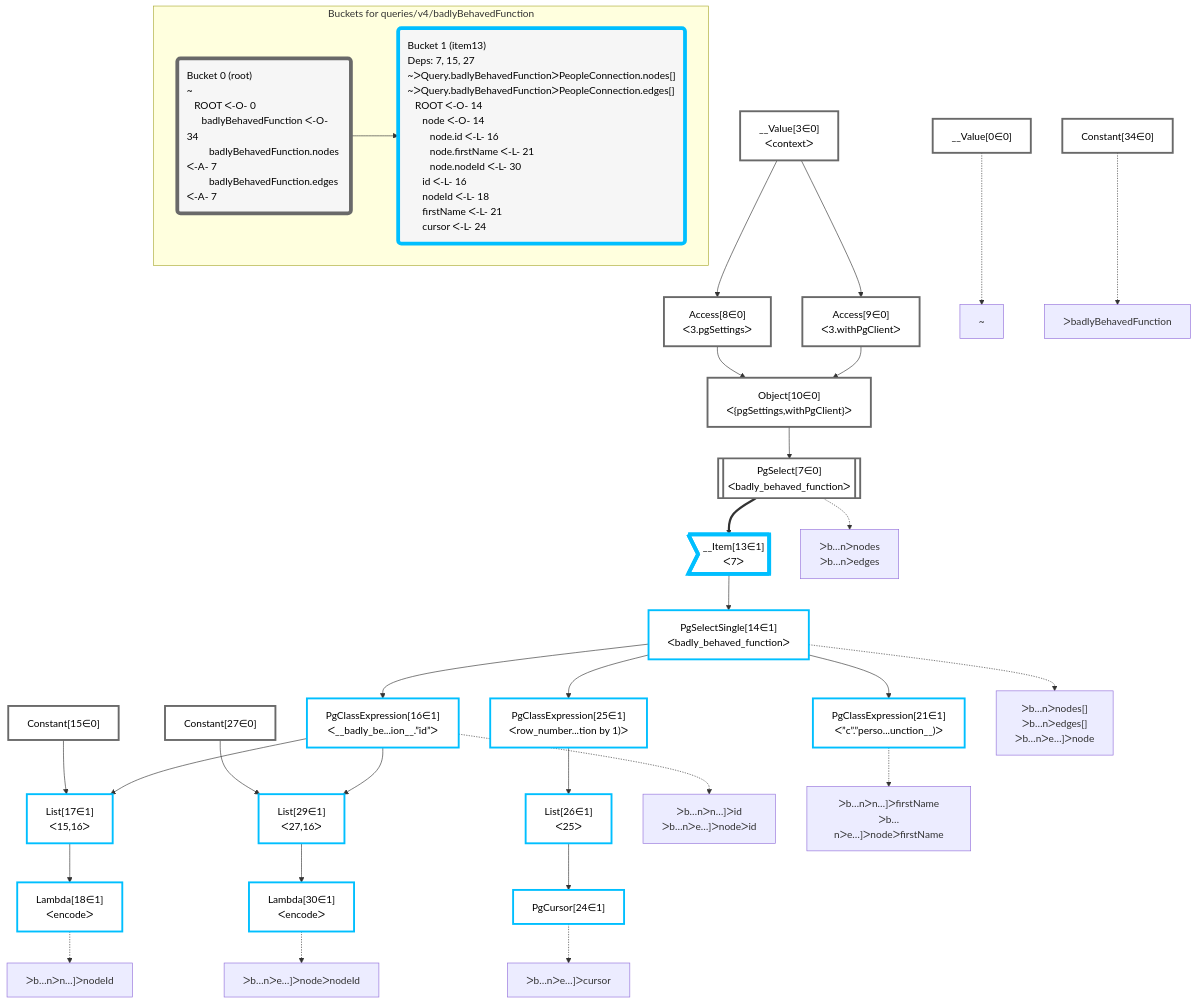
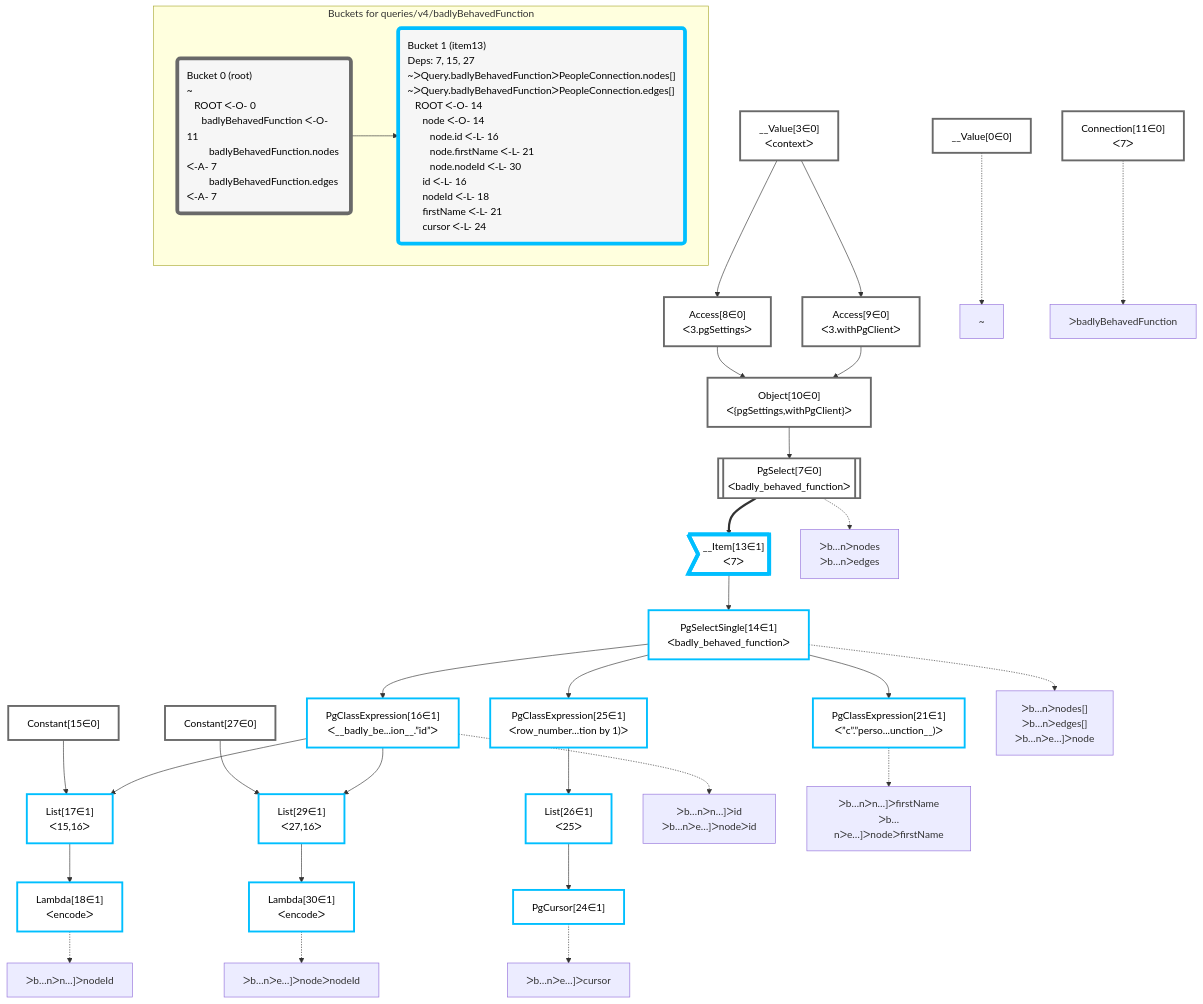
One commit to graphile/crystal changed the diagram in packages/postgraphile/__tests__/queries/v4/badlyBehavedFunction.mermaid. Above: the diagram before and after it, drawn with Mermaid. The commit also changed 2 other files, not shown here.

```diff
--- a/packages/postgraphile/__tests__/queries/v4/badlyBehavedFunction.mermaid
+++ b/packages/postgraphile/__tests__/queries/v4/badlyBehavedFunction.mermaid
@@ -1,76 +1,76 @@
 graph TD
     classDef path fill:#eee,stroke:#000,color:#000
     classDef plan fill:#fff,stroke-width:3px,color:#000
     classDef itemplan fill:#fff,stroke-width:6px,color:#000
     classDef sideeffectplan fill:#f00,stroke-width:6px,color:#000
     classDef bucket fill:#f6f6f6,color:#000,stroke-width:6px,text-align:left
 
 
     %% define plans
     __Value0["__Value[0∈0]"]:::plan
     __Value3["__Value[3∈0]<br />ᐸcontextᐳ"]:::plan
     Access8["Access[8∈0]<br />ᐸ3.pgSettingsᐳ"]:::plan
     Access9["Access[9∈0]<br />ᐸ3.withPgClientᐳ"]:::plan
     Object10["Object[10∈0]<br />ᐸ{pgSettings,withPgClient}ᐳ"]:::plan
     PgSelect7[["PgSelect[7∈0]<br />ᐸbadly_behaved_functionᐳ"]]:::plan
-    Constant34["Constant[34∈0]"]:::plan
+    Connection11["Connection[11∈0]<br />ᐸ7ᐳ"]:::plan
     __Item13>"__Item[13∈1]<br />ᐸ7ᐳ"]:::itemplan
     PgSelectSingle14["PgSelectSingle[14∈1]<br />ᐸbadly_behaved_functionᐳ"]:::plan
     Constant15["Constant[15∈0]"]:::plan
     PgClassExpression16["PgClassExpression[16∈1]<br />ᐸ__badly_be...ion__.”id”ᐳ"]:::plan
     List17["List[17∈1]<br />ᐸ15,16ᐳ"]:::plan
     Lambda18["Lambda[18∈1]<br />ᐸencodeᐳ"]:::plan
     PgClassExpression21["PgClassExpression[21∈1]<br />ᐸ”c”.”perso...unction__)ᐳ"]:::plan
     PgClassExpression25["PgClassExpression[25∈1]<br />ᐸrow_number...tion by 1)ᐳ"]:::plan
     List26["List[26∈1]<br />ᐸ25ᐳ"]:::plan
     PgCursor24["PgCursor[24∈1]"]:::plan
     Constant27["Constant[27∈0]"]:::plan
     List29["List[29∈1]<br />ᐸ27,16ᐳ"]:::plan
     Lambda30["Lambda[30∈1]<br />ᐸencodeᐳ"]:::plan
 
     %% plan dependencies
     __Value3 --> Access8
     __Value3 --> Access9
     Access8 & Access9 --> Object10
     Object10 --> PgSelect7
     PgSelect7 ==> __Item13
     __Item13 --> PgSelectSingle14
     PgSelectSingle14 --> PgClassExpression16
     Constant15 & PgClassExpression16 --> List17
     List17 --> Lambda18
     PgSelectSingle14 --> PgClassExpression21
     PgSelectSingle14 --> PgClassExpression25
     PgClassExpression25 --> List26
     List26 --> PgCursor24
     Constant27 & PgClassExpression16 --> List29
     List29 --> Lambda30
 
     %% plan-to-path relationships
     P0["~"]
     __Value0 -.-> P0
     P7["ᐳb…nᐳnodes<br />ᐳb…nᐳedges"]
     PgSelect7 -.-> P7
+    P11["ᐳbadlyBehavedFunction"]
+    Connection11 -.-> P11
     P14["ᐳb…nᐳnodes[]<br />ᐳb…nᐳedges[]<br />ᐳb…nᐳe…]ᐳnode"]
     PgSelectSingle14 -.-> P14
     P16["ᐳb…nᐳn…]ᐳid<br />ᐳb…nᐳe…]ᐳnodeᐳid"]
     PgClassExpression16 -.-> P16
     P18["ᐳb…nᐳn…]ᐳnodeId"]
     Lambda18 -.-> P18
     P21["ᐳb…nᐳn…]ᐳfirstName<br />ᐳb…nᐳe…]ᐳnodeᐳfirstName"]
     PgClassExpression21 -.-> P21
     P24["ᐳb…nᐳe…]ᐳcursor"]
     PgCursor24 -.-> P24
     P30["ᐳb…nᐳe…]ᐳnodeᐳnodeId"]
     Lambda30 -.-> P30
-    P34["ᐳbadlyBehavedFunction"]
-    Constant34 -.-> P34
 
     subgraph "Buckets for queries/v4/badlyBehavedFunction"
-    Bucket0("Bucket 0 (root)<br />~<br />⠀ROOT ᐸ-O- 0<br />⠀⠀badlyBehavedFunction ᐸ-O- 34<br />⠀⠀⠀badlyBehavedFunction.nodes ᐸ-A- 7<br />⠀⠀⠀badlyBehavedFunction.edges ᐸ-A- 7"):::bucket
+    Bucket0("Bucket 0 (root)<br />~<br />⠀ROOT ᐸ-O- 0<br />⠀⠀badlyBehavedFunction ᐸ-O- 11<br />⠀⠀⠀badlyBehavedFunction.nodes ᐸ-A- 7<br />⠀⠀⠀badlyBehavedFunction.edges ᐸ-A- 7"):::bucket
     classDef bucket0 stroke:#696969
-    class Bucket0,__Value0,__Value3,PgSelect7,Access8,Access9,Object10,Constant15,Constant27,Constant34 bucket0
+    class Bucket0,__Value0,__Value3,PgSelect7,Access8,Access9,Object10,Connection11,Constant15,Constant27 bucket0
     Bucket1("Bucket 1 (item13)<br />Deps: 7, 15, 27<br />~ᐳQuery.badlyBehavedFunctionᐳPeopleConnection.nodes[]<br />~ᐳQuery.badlyBehavedFunctionᐳPeopleConnection.edges[]<br />⠀ROOT ᐸ-O- 14<br />⠀⠀node ᐸ-O- 14<br />⠀⠀⠀node.id ᐸ-L- 16<br />⠀⠀⠀node.firstName ᐸ-L- 21<br />⠀⠀⠀node.nodeId ᐸ-L- 30<br />⠀⠀id ᐸ-L- 16<br />⠀⠀nodeId ᐸ-L- 18<br />⠀⠀firstName ᐸ-L- 21<br />⠀⠀cursor ᐸ-L- 24"):::bucket
     classDef bucket1 stroke:#00bfff
     class Bucket1,__Item13,PgSelectSingle14,PgClassExpression16,List17,Lambda18,PgClassExpression21,PgCursor24,PgClassExpression25,List26,List29,Lambda30 bucket1
     Bucket0 --> Bucket1
     end
```
